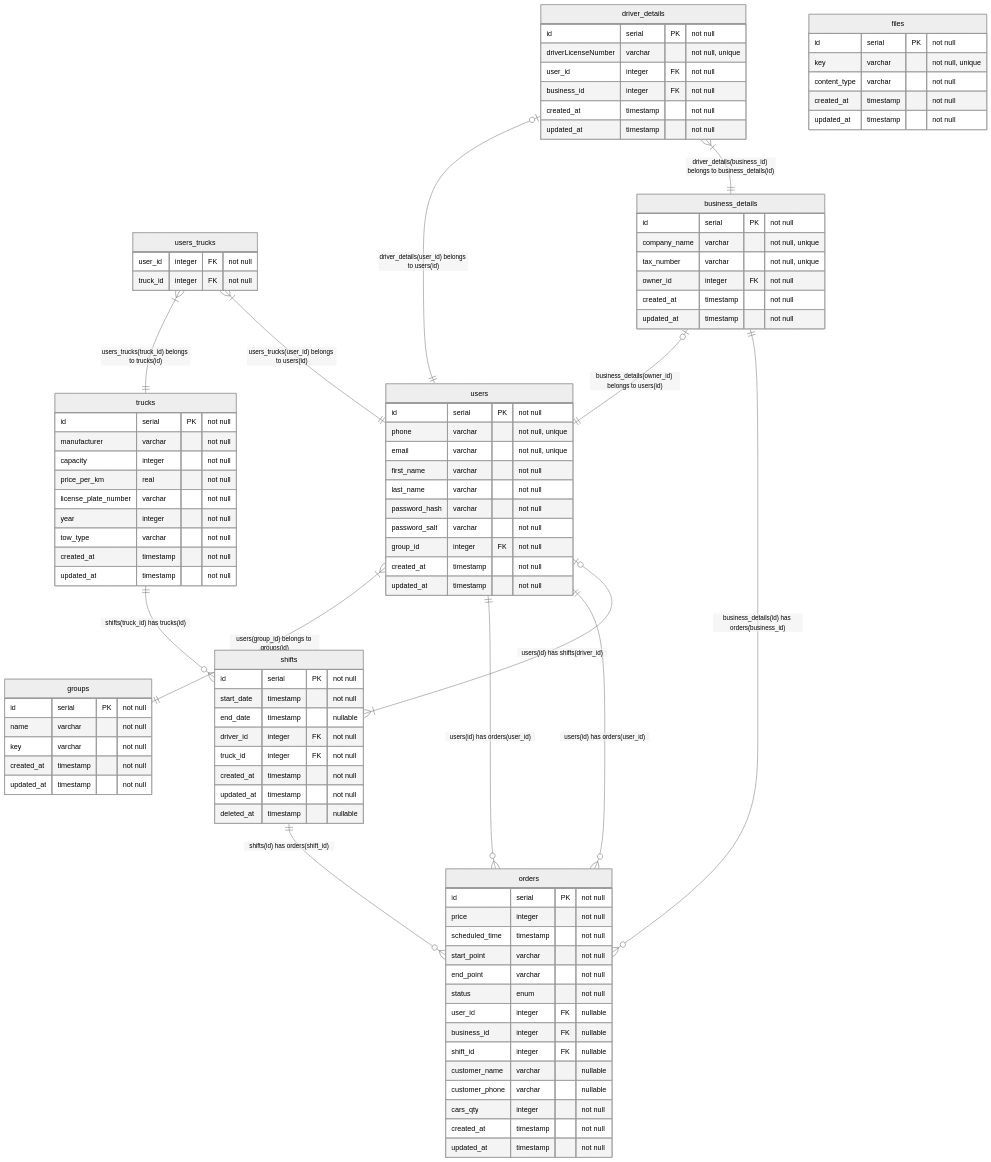
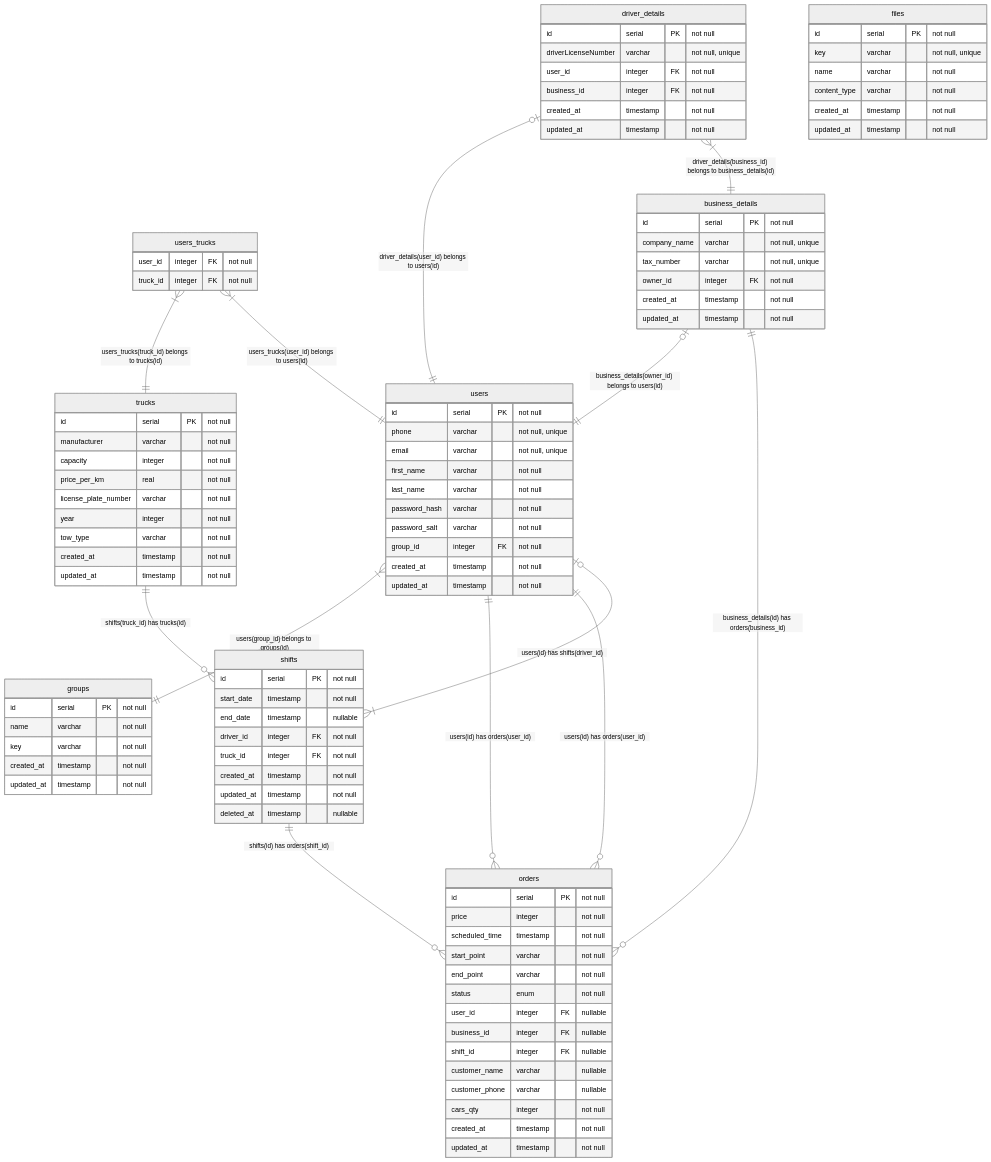
Before and after one commit to BinaryStudioAcademy/bsa-2023-towhub: the diagram in readme.md, drawn with Mermaid (neutral theme). The commit also changed 4 other files, not shown here.

```diff
--- a/readme.md
+++ b/readme.md
@@ -115,6 +115,7 @@
     files {
       id serial PK "not null"
       key varchar "not null, unique"
+      name varchar "not null"
       content_type varchar "not null"
       created_at timestamp "not null"
       updated_at timestamp "not null"
```
